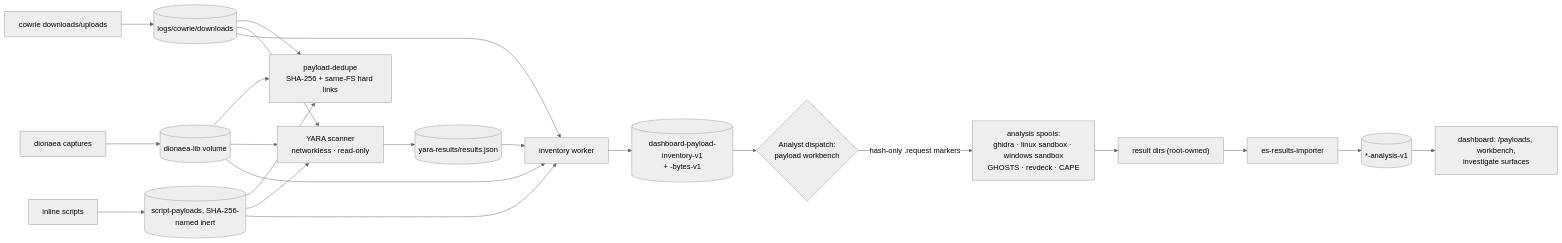
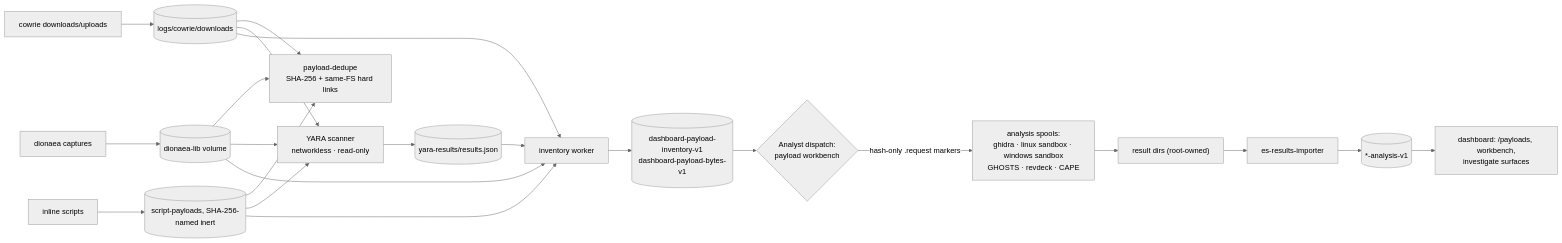
Before and after one commit to Xore/APIARY: the third of 3 diagrams in docs/PIPELINES.md, drawn with Mermaid (neutral theme). The commit also changed other lines of this file and 84 other files, not shown here.

First line of the commit message:
docs: reconcile 43 markdown files with the current repository state, and gate diagram/link rot (#3398)

````diff
--- a/docs/PIPELINES.md
+++ b/docs/PIPELINES.md
@@ -216,17 +230,17 @@
 ```mermaid
 flowchart LR
   up1["cowrie downloads/uploads"] --> store[("logs/cowrie/downloads")]
   up2["dionaea captures"] --> store2[("dionaea-lib volume")]
   up3["inline scripts"] --> store3[("script-payloads, SHA-256-named inert")]
 
   store & store2 & store3 --> dedupe["payload-dedupe<br/>SHA-256 + same-FS hard links"]
   store & store2 & store3 --> yara["YARA scanner<br/>networkless · read-only"]
   yara --> yout[("yara-results/results.json")]
 
-  store & store2 & store3 & yout --> inv["inventory worker"] --> ix[("dashboard-payload-inventory-v1<br/>+ -bytes-v1")]
+  store & store2 & store3 & yout --> inv["inventory worker"] --> ix[("dashboard-payload-inventory-v1<br/>dashboard-payload-bytes-v1")]
 
   ix --> wb{"Analyst dispatch:<br/>payload workbench"}
   wb -->|"hash-only .request markers"| spools["analysis spools:<br/>ghidra · linux sandbox · windows sandbox<br/>GHOSTS · revdeck · CAPE"]
   spools --> results["result dirs (root-owned)"] --> importer["es-results-importer"] --> aix[("*-analysis-v1")]
   aix --> dash2["dashboard: /payloads, workbench,<br/>investigate surfaces"]
 ```
````
